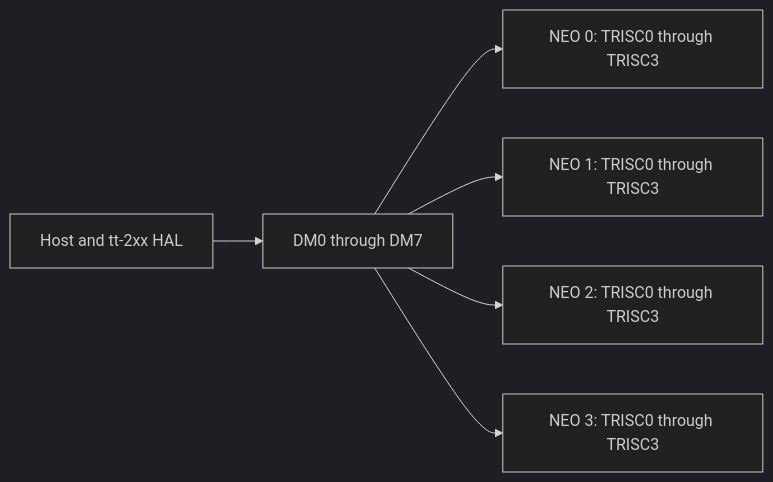
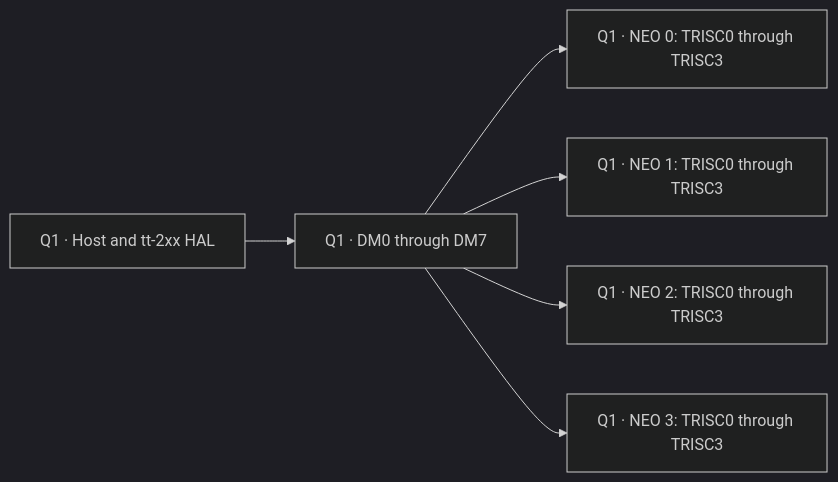
Diagram 13 of 13 in public/RISC_FIRMWARE_TO_KERNEL_FLOW.md (buicongnguyen/tt-sim), drawn with Mermaid (dark theme) before and after one commit. The commit also changed other lines of this file and 4 other files, not shown here.

Commit message:
Link firmware flow steps to source

````diff
--- a/public/RISC_FIRMWARE_TO_KERNEL_FLOW.md
+++ b/public/RISC_FIRMWARE_TO_KERNEL_FLOW.md
@@ -465,8 +497,8 @@
 ```mermaid
 flowchart LR
-    H[Host and tt-2xx HAL] --> D[DM0 through DM7]
-    D --> N0[NEO 0: TRISC0 through TRISC3]
-    D --> N1[NEO 1: TRISC0 through TRISC3]
-    D --> N2[NEO 2: TRISC0 through TRISC3]
-    D --> N3[NEO 3: TRISC0 through TRISC3]
+    H[Q1 · Host and tt-2xx HAL] --> D[Q1 · DM0 through DM7]
+    D --> N0[Q1 · NEO 0: TRISC0 through TRISC3]
+    D --> N1[Q1 · NEO 1: TRISC0 through TRISC3]
+    D --> N2[Q1 · NEO 2: TRISC0 through TRISC3]
+    D --> N3[Q1 · NEO 3: TRISC0 through TRISC3]
 ```
````
